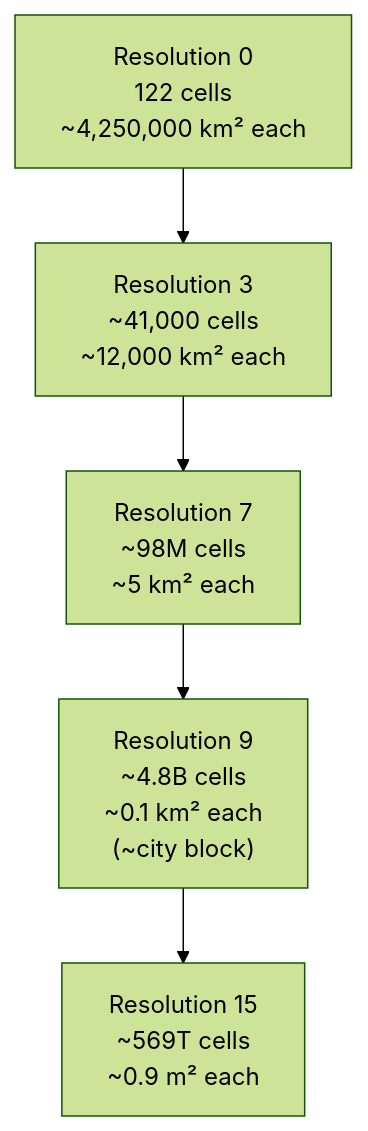
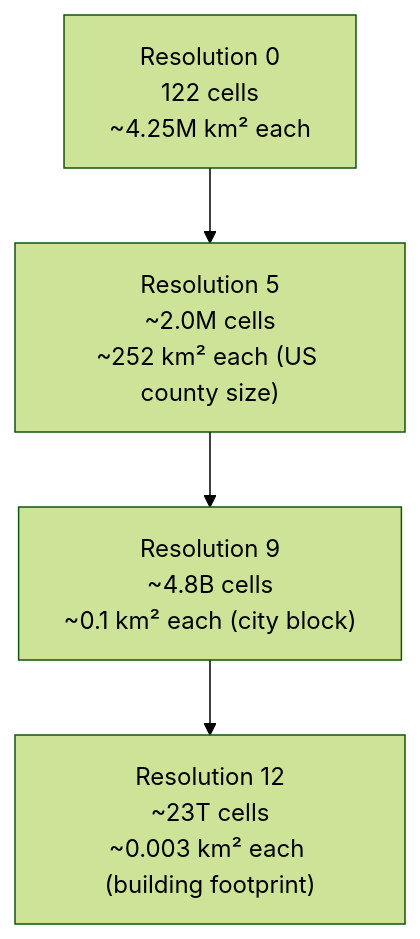
Before and after one commit to Thamjith/system-design-reallife-scenarios: the second of 4 diagrams in content/h3-spatial-index.md, drawn with Mermaid (forest theme). The commit also changed other lines of this file and 9 other files, not shown here.

First line of the commit message:
Enhance Mermaid diagrams with zoom functionality and improve styling

````diff
--- a/content/h3-spatial-index.md
+++ b/content/h3-spatial-index.md
@@ -36,9 +140,8 @@
 ```mermaid
 graph TD
-    R0["Resolution 0\n122 cells\n~4,250,000 km² each"]
-    R3["Resolution 3\n~41,000 cells\n~12,000 km² each"]
-    R7["Resolution 7\n~98M cells\n~5 km² each"]
-    R9["Resolution 9\n~4.8B cells\n~0.1 km² each\n(~city block)"]
-    R15["Resolution 15\n~569T cells\n~0.9 m² each"]
-    R0 --> R3 --> R7 --> R9 --> R15
+    R0["Resolution 0\n122 cells\n~4.25M km² each"]
+    R5["Resolution 5\n~2.0M cells\n~252 km² each (US county size)"]
+    R9["Resolution 9\n~4.8B cells\n~0.1 km² each (city block)"]
+    R12["Resolution 12\n~23T cells\n~0.003 km² each (building footprint)"]
+    R0 --> R5 --> R9 --> R12
 ```
````
